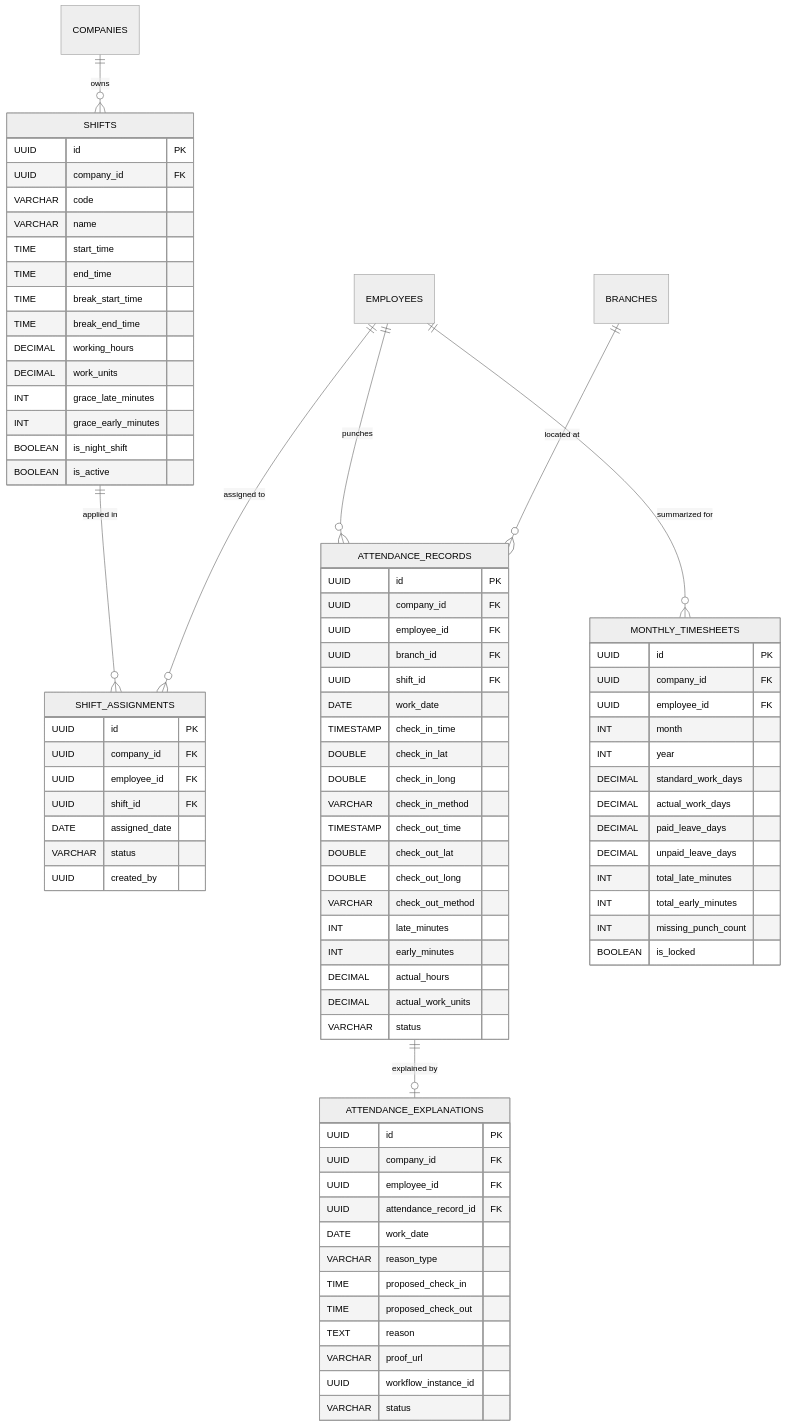
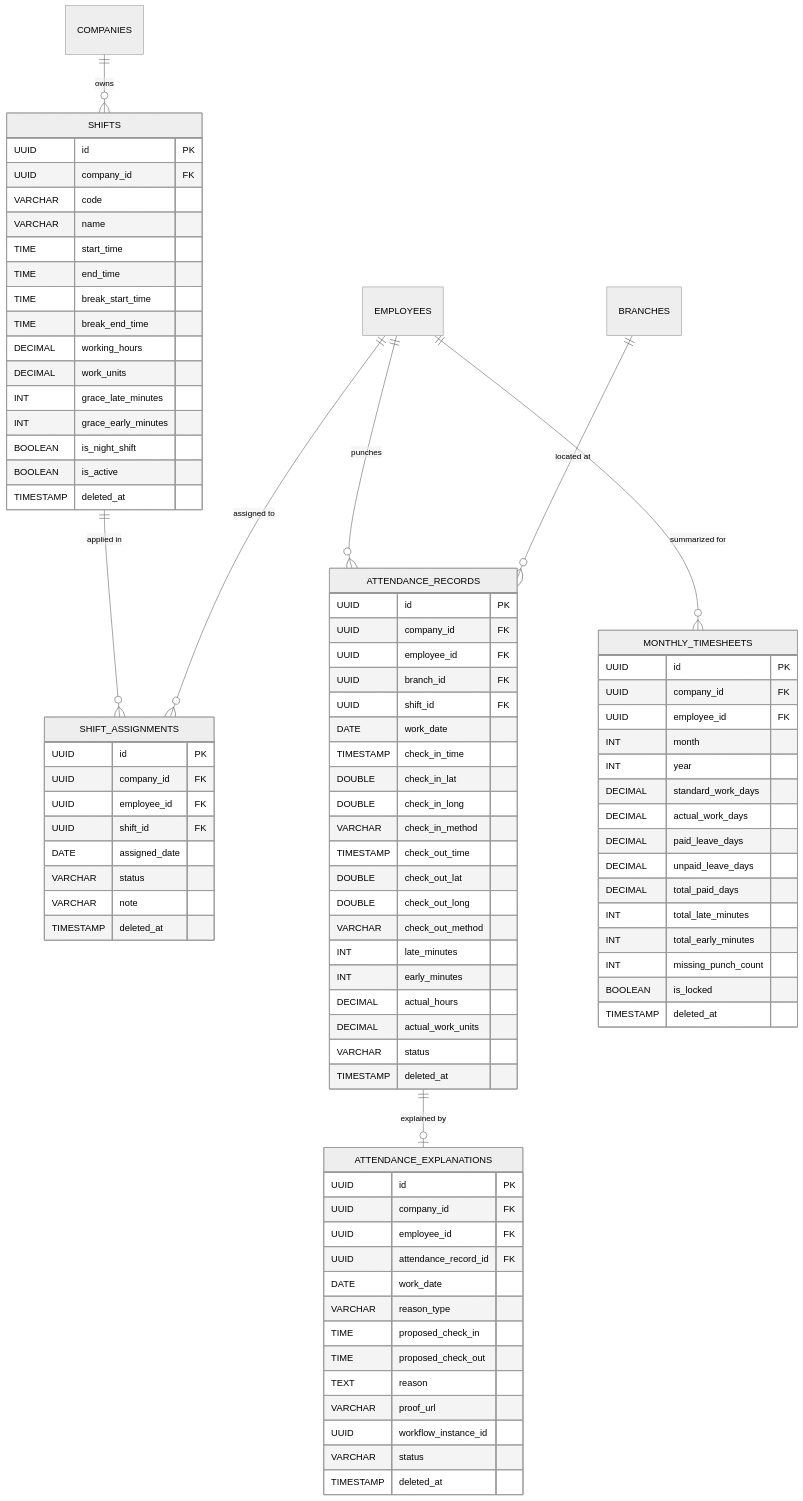
The first of 3 diagrams in docs/ba/quan-ly-cham-cong-attendance.md (henruysun2511/cyclosa_backend), drawn with Mermaid (neutral theme) before and after one commit. The commit also changed other lines of this file and 131 other files, not shown here.

````diff
--- a/docs/ba/quan-ly-cham-cong-attendance.md
+++ b/docs/ba/quan-ly-cham-cong-attendance.md
@@ -75,6 +88,7 @@
         INT grace_early_minutes
         BOOLEAN is_night_shift
         BOOLEAN is_active
+        TIMESTAMP deleted_at
     }
 
     SHIFT_ASSIGNMENTS {
@@ -84,7 +98,8 @@
         UUID shift_id FK
         DATE assigned_date
         VARCHAR status
-        UUID created_by
+        VARCHAR note
+        TIMESTAMP deleted_at
     }
 
     ATTENDANCE_RECORDS {
@@ -107,6 +122,7 @@
         DECIMAL actual_hours
         DECIMAL actual_work_units
         VARCHAR status
+        TIMESTAMP deleted_at
     }
 
     ATTENDANCE_EXPLANATIONS {
@@ -122,6 +138,7 @@
         VARCHAR proof_url
         UUID workflow_instance_id
         VARCHAR status
+        TIMESTAMP deleted_at
     }
 
     MONTHLY_TIMESHEETS {
@@ -134,9 +151,11 @@
         DECIMAL actual_work_days
         DECIMAL paid_leave_days
         DECIMAL unpaid_leave_days
+        DECIMAL total_paid_days
         INT total_late_minutes
         INT total_early_minutes
         INT missing_punch_count
         BOOLEAN is_locked
+        TIMESTAMP deleted_at
     }
 ```
````
